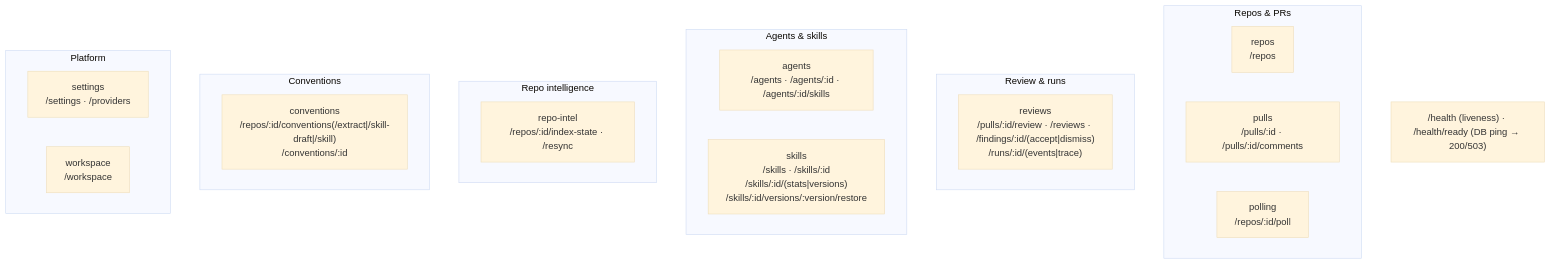
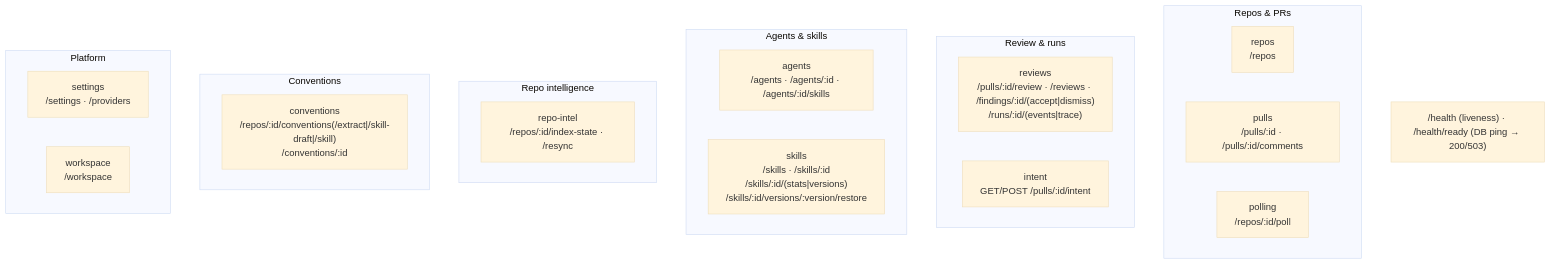
The second of 2 diagrams in server/README.md (SerMedvid/dev-digest), drawn with Mermaid (base theme) before and after one commit. The commit also changed other lines of this file and 80 other files, not shown here.

````diff
--- a/server/README.md
+++ b/server/README.md
@@ -64,26 +64,27 @@
 ```mermaid
 flowchart TB
   subgraph Repos_PRs["Repos & PRs"]
     repos["repos<br/>/repos"]
     pulls["pulls<br/>/pulls/:id · /pulls/:id/comments"]
     polling["polling<br/>/repos/:id/poll"]
   end
   subgraph Review["Review & runs"]
     reviews["reviews<br/>/pulls/:id/review · /reviews · /findings/:id/(accept|dismiss)<br/>/runs/:id/(events|trace)"]
+    intent["intent<br/>GET/POST /pulls/:id/intent"]
   end
   subgraph Agents["Agents & skills"]
     agents["agents<br/>/agents · /agents/:id · /agents/:id/skills"]
     skills["skills<br/>/skills · /skills/:id<br/>/skills/:id/(stats|versions)<br/>/skills/:id/versions/:version/restore"]
   end
   subgraph Intel["Repo intelligence"]
     repoIntel["repo-intel<br/>/repos/:id/index-state · /resync"]
   end
   subgraph Conventions["Conventions"]
     conventions["conventions<br/>/repos/:id/conventions(/extract|/skill-draft|/skill)<br/>/conventions/:id"]
   end
   subgraph Platform["Platform"]
     settings["settings<br/>/settings · /providers"]
     workspace["workspace<br/>/workspace"]
   end
   HEALTH["/health (liveness) · /health/ready (DB ping → 200/503)"]
 ```
````
